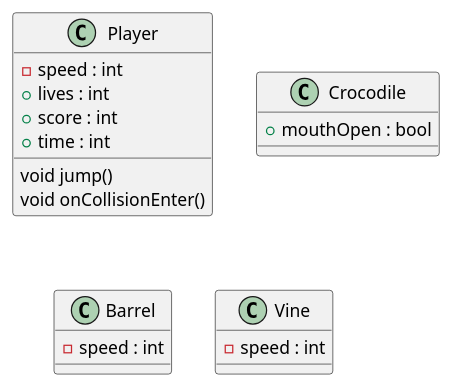
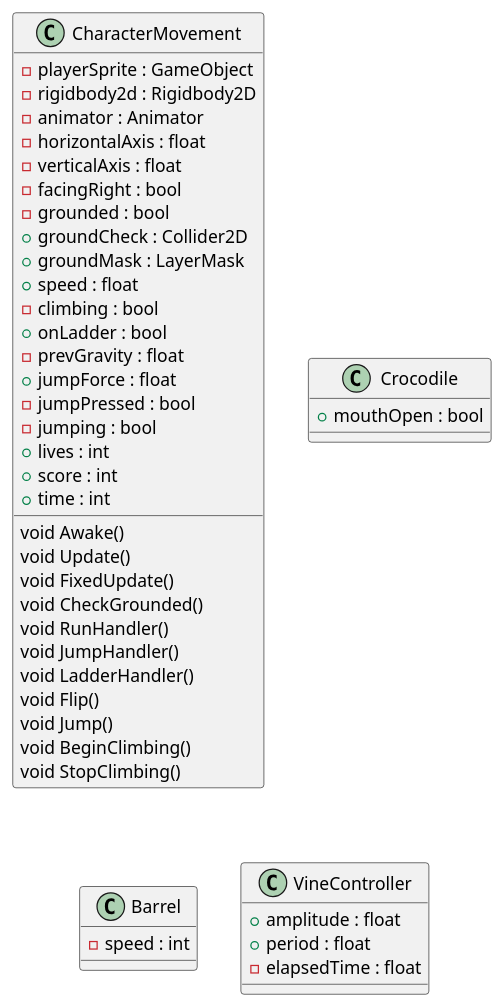
One commit to pparke/pitfall-challenge changed the diagram in doc/classlist.puml. Above: the diagram before and after it, drawn with PlantUML. The commit also changed 240 other files, not shown here.

Commit message:
used state machine for player movement, ladder and vine working, crocodiles roughed out, adding scoring

```diff
--- a/doc/classlist.puml
+++ b/doc/classlist.puml
@@ -1,22 +1,48 @@
 @startuml
-class Player {
- - speed : int
+class CharacterMovement {
+ - playerSprite : GameObject
+ - rigidbody2d : Rigidbody2D
+ - animator : Animator
+ - horizontalAxis : float
+ - verticalAxis : float
+ - facingRight : bool
+ - grounded : bool
+ + groundCheck : Collider2D
+ + groundMask : LayerMask
+ + speed : float
+ - climbing : bool
+ + onLadder : bool
+ - prevGravity : float
+ + jumpForce : float
+ - jumpPressed : bool
+ - jumping : bool
  + lives : int
  + score : int
  + time : int
- void jump()
- void onCollisionEnter()
+ void Awake()
+ void Update()
+ void FixedUpdate()
+ void CheckGrounded()
+ void RunHandler()
+ void JumpHandler()
+ void LadderHandler()
+ void Flip()
+ void Jump()
+ void BeginClimbing()
+ void StopClimbing()
 }
 
 class Crocodile {
  + mouthOpen : bool
 }
 
 class Barrel {
  - speed : int
 }
 
-class Vine {
- - speed : int
+class VineController {
+ + amplitude : float
+ + period : float
+ - elapsedTime : float
 }
 @enduml
```
